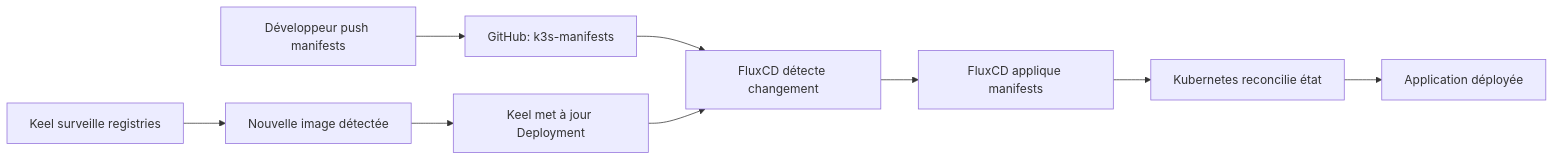
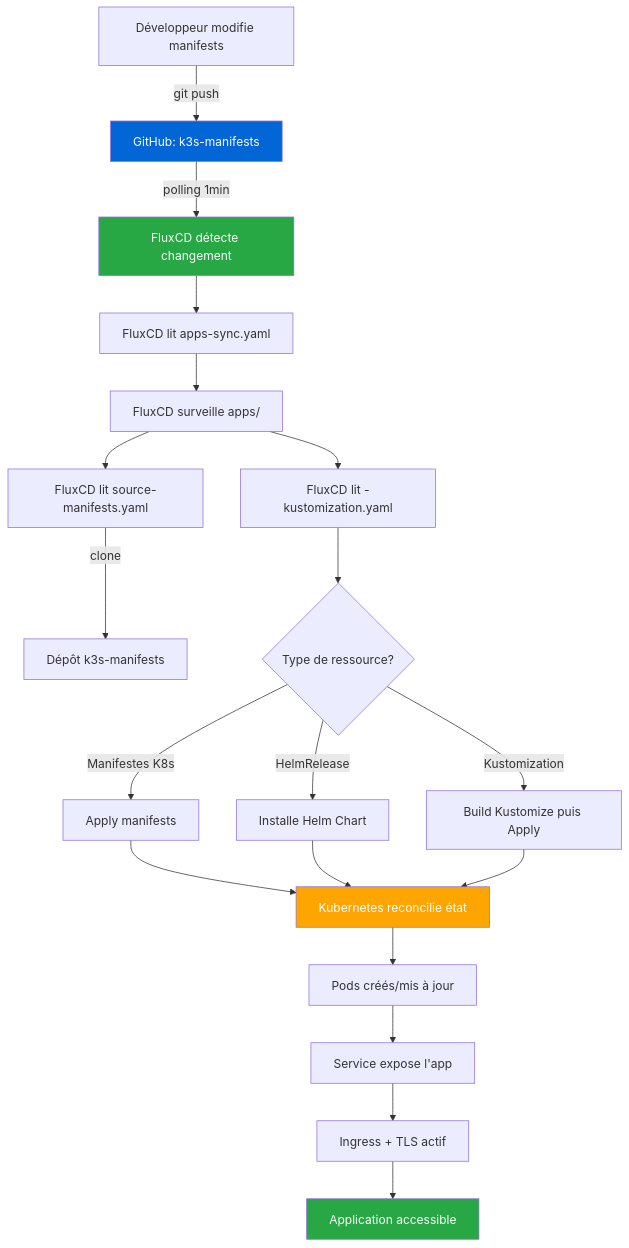
The diagram in readme.md (FireToak/loutik-cloud_k3s-manifests), drawn with Mermaid before and after one commit. The commit also changed other lines of this file, not shown here.

Commit message:
readme.md: mise à jour du contenu

````diff
--- a/readme.md
+++ b/readme.md
@@ -217,11 +456,26 @@
 ```mermaid
-graph LR
-    A[Développeur push manifests] --> B[GitHub: k3s-manifests]
-    B --> C[FluxCD détecte changement]
-    C --> D[FluxCD applique manifests]
-    D --> E[Kubernetes reconcilie état]
-    E --> F[Application déployée]
-    G[Keel surveille registries] --> H[Nouvelle image détectée]
-    H --> I[Keel met à jour Deployment]
-    I --> C
+graph TD
+    A[Développeur modifie manifests] -->|git push| B[GitHub: k3s-manifests]
+    B -->|polling 1min| C[FluxCD détecte changement]
+    C --> D[FluxCD lit apps-sync.yaml]
+    D --> E[FluxCD surveille apps/]
+    E --> F[FluxCD lit source-manifests.yaml]
+    F -->|clone| G[Dépôt k3s-manifests]
+    E --> H[FluxCD lit <service>-kustomization.yaml]
+    H --> I{Type de ressource?}
+    I -->|Manifestes K8s| J[Apply manifests]
+    I -->|HelmRelease| K[Installe Helm Chart]
+    I -->|Kustomization| L[Build Kustomize puis Apply]
+    J --> M[Kubernetes reconcilie état]
+    K --> M
+    L --> M
+    M --> N[Pods créés/mis à jour]
+    N --> O[Service expose l'app]
+    O --> P[Ingress + TLS actif]
+    P --> Q[Application accessible]
+    
+    style B fill:#0366d6,color:#fff
+    style C fill:#28a745,color:#fff
+    style M fill:#ffa500,color:#fff
+    style Q fill:#28a745,color:#fff
 ```
````
